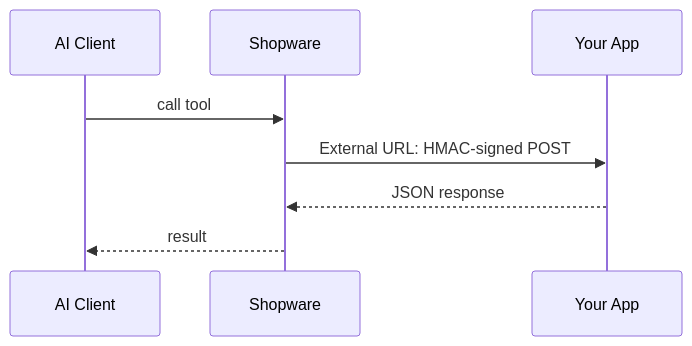
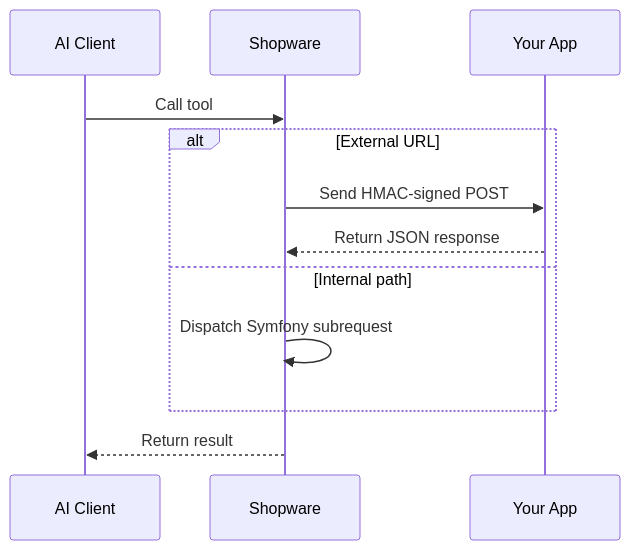
One commit to shopware/docs changed the diagram in guides/plugins/apps/mcp-server.md. Above: the diagram before and after it, drawn with Mermaid. The commit also changed other lines of this file, not shown here.

Commit message:
docs: clarify MCP app URL modes and metadata

````diff
--- a/guides/plugins/apps/mcp-server.md
+++ b/guides/plugins/apps/mcp-server.md
@@ -23,10 +23,14 @@
 ```mermaid
 sequenceDiagram
- participant Client as AI Client
- participant SW as Shopware
- participant App as Your App
- Client->>SW: call tool
- SW->>App: External URL: HMAC-signed POST
- App-->>SW: JSON response
- SW-->>Client: result
+    participant client as AI Client
+    participant shopware as Shopware
+    participant app as Your App
+    client->>shopware: Call tool
+    alt External URL
+        shopware->>app: Send HMAC-signed POST
+        app-->>shopware: Return JSON response
+    else Internal path
+        shopware->>shopware: Dispatch Symfony subrequest
+    end
+    shopware-->>client: Return result
 ```
````
